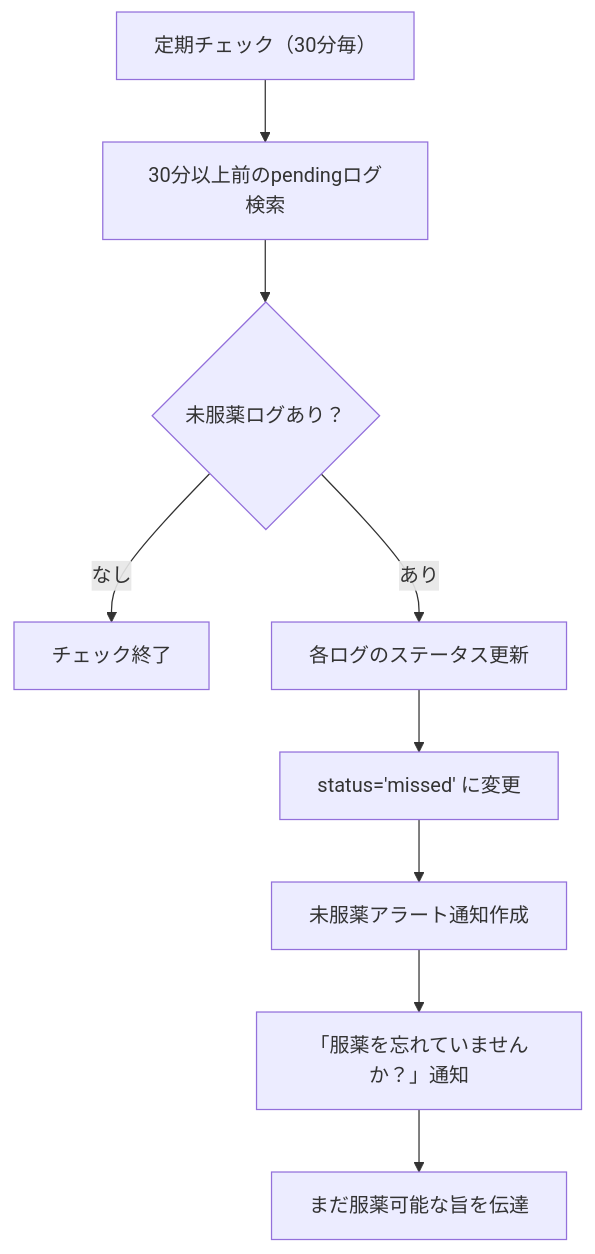
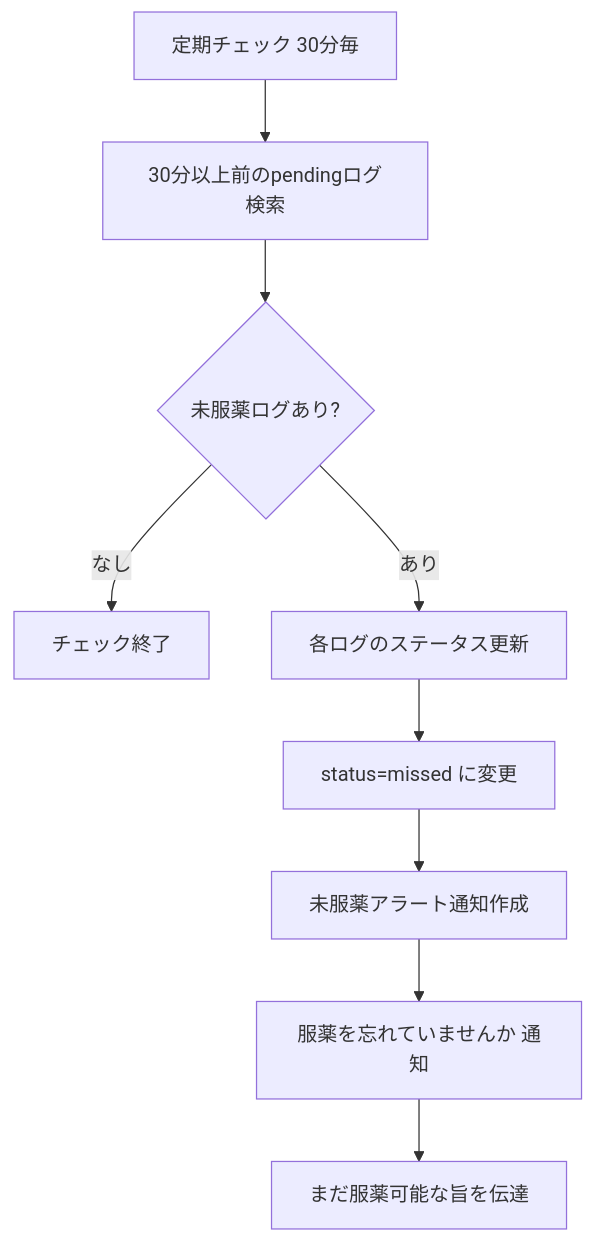
One commit to UtakataKyosui/RecommendMedicineServer changed diagram 11 of 42 in features-flow.md. Above: the diagram before and after it, drawn with Mermaid. The commit also changed other lines of this file, not shown here.

First line of the commit message:
docs: Update features-flow.md

````diff
--- a/features-flow.md
+++ b/features-flow.md
@@ -219,11 +219,11 @@
 ```mermaid
 graph TD
-    A[定期チェック（30分毎）] --> B[30分以上前のpendingログ検索]
-    B --> C{未服薬ログあり？}
+    A[定期チェック 30分毎] --> B[30分以上前のpendingログ検索]
+    B --> C{未服薬ログあり?}
     C -->|なし| D[チェック終了]
     C -->|あり| E[各ログのステータス更新]
-    E --> F[status='missed' に変更]
+    E --> F[status=missed に変更]
     F --> G[未服薬アラート通知作成]
-    G --> H[「服薬を忘れていませんか？」通知]
+    G --> H[服薬を忘れていませんか 通知]
     H --> I[まだ服薬可能な旨を伝達]
 ```
````
